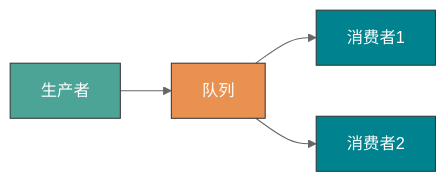
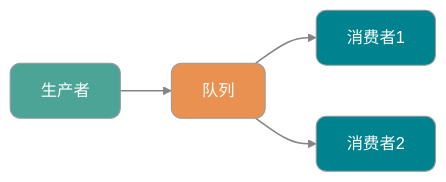
Before and after one commit to Snailclimb/JavaGuide: the second of 13 diagrams in docs/high-performance/message-queue/rocketmq-questions.md, drawn with Mermaid (neutral theme). The commit also changed other lines of this file and 7 other files, not shown here.

Commit message:
docs：mermaid 配图样式优化

````diff
--- a/docs/high-performance/message-queue/rocketmq-questions.md
+++ b/docs/high-performance/message-queue/rocketmq-questions.md
@@ -194,11 +197,16 @@
 ```mermaid
 flowchart LR
     P["生产者"] --> Q["队列"]
     Q --> C1["消费者1"]
     Q --> C2["消费者2"]
 
-    style P fill:#4CA497,stroke:#333,color:#fff
-    style Q fill:#E99151,stroke:#333,color:#fff
-    style C1 fill:#00838F,stroke:#333,color:#fff
-    style C2 fill:#00838F,stroke:#333,color:#fff
+    classDef producer fill:#4CA497,color:#fff,rx:10,ry:10
+    classDef queue fill:#E99151,color:#fff,rx:10,ry:10
+    classDef consumer fill:#00838F,color:#fff,rx:10,ry:10
+
+    class P producer
+    class Q queue
+    class C1,C2 consumer
+
+    linkStyle default stroke-width:1.5px,opacity:0.8
 ```
````
